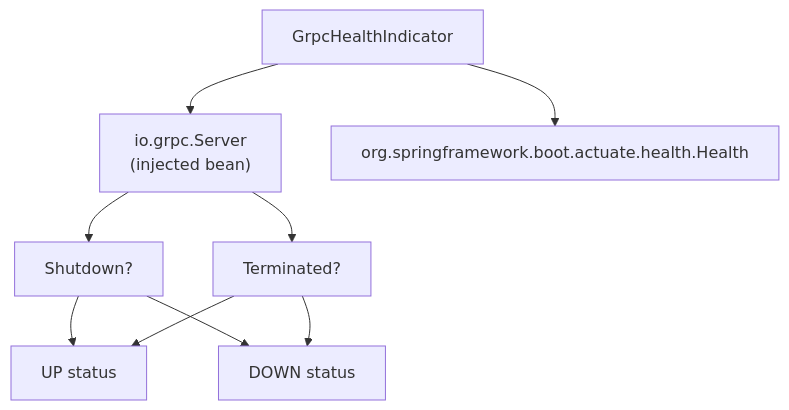
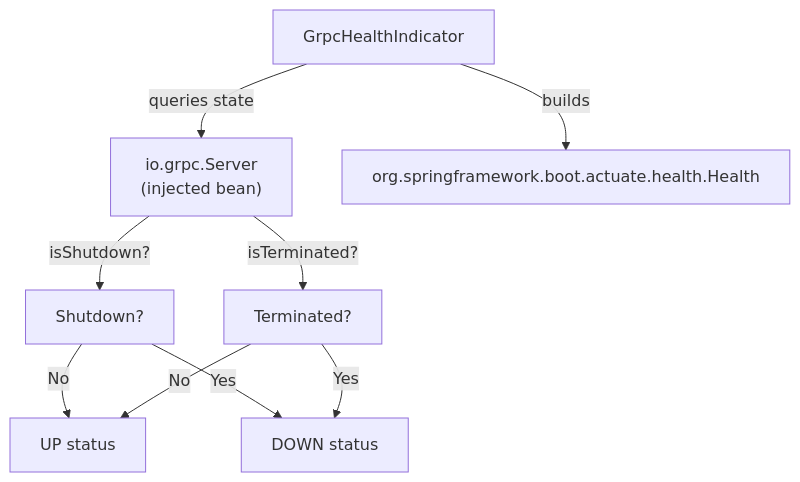
The second of 5 diagrams in docs/deepwiki/Spring-Actuator-and-Health-Checks.md (philipz/spring-modular-monolith), drawn with Mermaid before and after one commit. The commit also changed other lines of this file and 55 other files, not shown here.

````diff
--- a/docs/deepwiki/Spring-Actuator-and-Health-Checks.md
+++ b/docs/deepwiki/Spring-Actuator-and-Health-Checks.md
@@ -179,20 +179,20 @@
 ```mermaid
 flowchart TD
 
 GrpcHealthIndicator["GrpcHealthIndicator"]
 Server["io.grpc.Server<br>(injected bean)"]
 Health["org.springframework.boot.actuate.health.Health"]
 Shutdown["Shutdown?"]
 Terminated["Terminated?"]
 UP["UP status"]
 DOWN["DOWN status"]
 
-GrpcHealthIndicator --> Server
-GrpcHealthIndicator --> Health
-Server --> Shutdown
-Server --> Terminated
-Shutdown --> UP
-Terminated --> UP
-Shutdown --> DOWN
-Terminated --> DOWN
+GrpcHealthIndicator -->|"queries state"| Server
+GrpcHealthIndicator -->|"builds"| Health
+Server -->|"isShutdown?"| Shutdown
+Server -->|"isTerminated?"| Terminated
+Shutdown -->|"No"| UP
+Terminated -->|"No"| UP
+Shutdown -->|"Yes"| DOWN
+Terminated -->|"Yes"| DOWN
 ```
````
